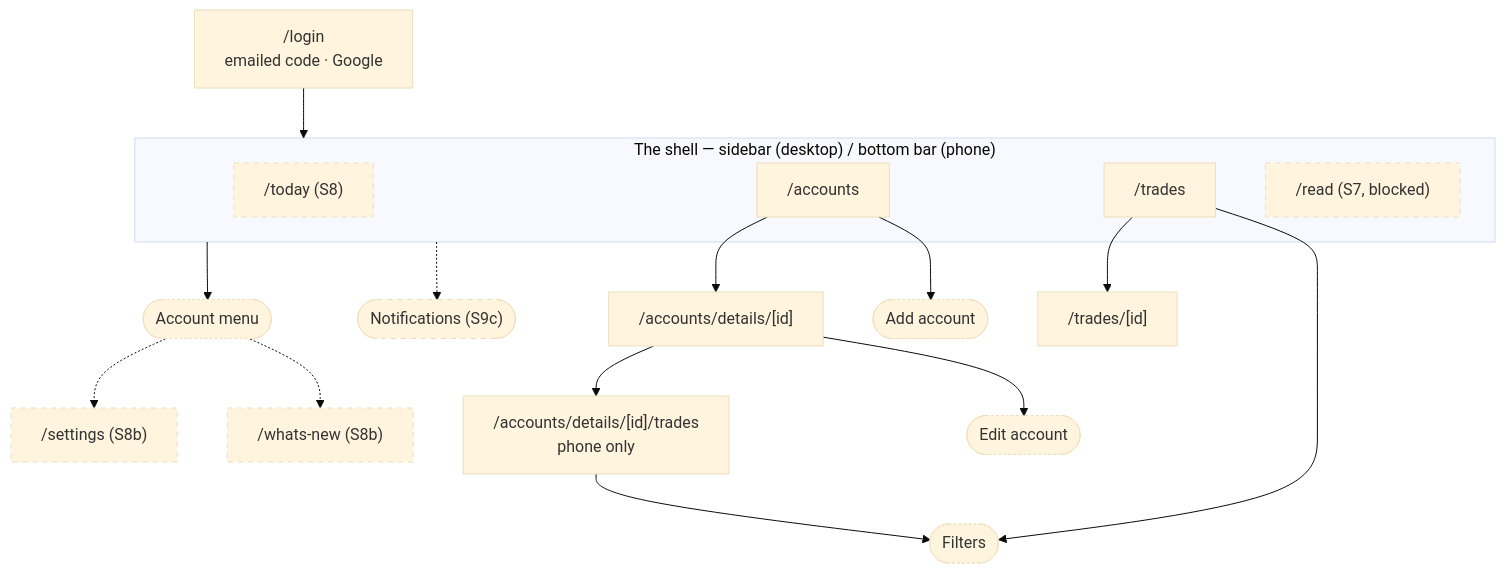
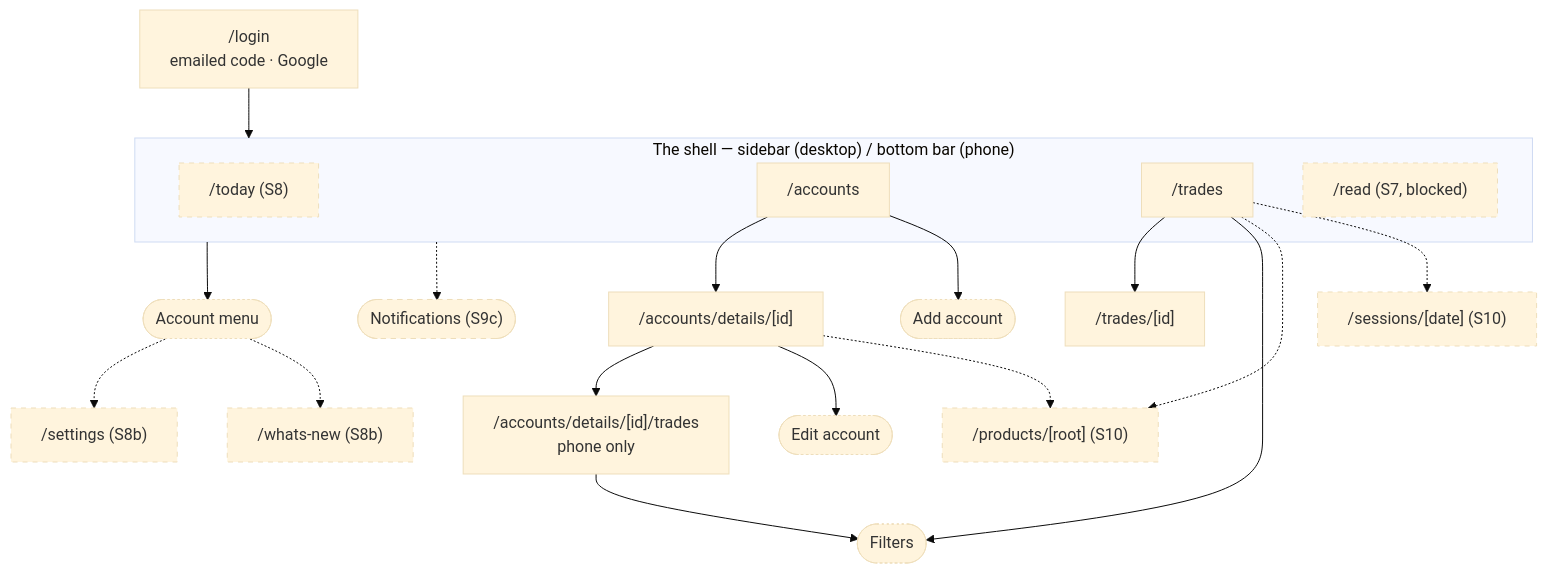
The second of 14 diagrams in docs/user-guide.md (modryn-studio/run-rebuild), drawn with Mermaid (base theme) before and after one commit. The commit also changed other lines of this file and 2 other files, not shown here.

````diff
--- a/docs/user-guide.md
+++ b/docs/user-guide.md
@@ -42,35 +42,41 @@
 ```mermaid
 flowchart TD
   Login["/login<br/>emailed code · Google"] --> Shell
 
   subgraph Shell["The shell — sidebar (desktop) / bottom bar (phone)"]
     Today["/today (S8)"]
     Accounts["/accounts"]
     Trades["/trades"]
     Read["/read (S7, blocked)"]
   end
 
   Accounts --> Detail["/accounts/details/[id]"]
   Detail --> AcctTape["/accounts/details/[id]/trades<br/>phone only"]
   Accounts --> AddAcct(["Add account"])
   Detail --> EditAcct(["Edit account"])
 
   Trades --> TradeDetail["/trades/[id]"]
   Trades --> Filters(["Filters"])
   AcctTape --> Filters
 
+  Trades -.-> Product["/products/[root] (S10)"]
+  Detail -.-> Product
+  Trades -.-> Session["/sessions/[date] (S10)"]
+
   Shell --> Menu(["Account menu"])
   Menu -.-> Settings["/settings (S8b)"]
   Menu -.-> WhatsNew["/whats-new (S8b)"]
   Shell -.-> Notifs(["Notifications (S9c)"])
 
   style Today stroke-dasharray: 5 5
   style Read stroke-dasharray: 5 5
   style Settings stroke-dasharray: 5 5
   style WhatsNew stroke-dasharray: 5 5
   style Notifs stroke-dasharray: 5 5
+  style Product stroke-dasharray: 5 5
+  style Session stroke-dasharray: 5 5
   style AddAcct stroke-dasharray: 2 3
   style EditAcct stroke-dasharray: 2 3
   style Filters stroke-dasharray: 2 3
   style Menu stroke-dasharray: 2 3
 ```
````
